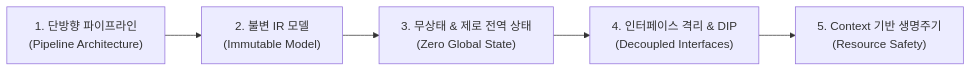
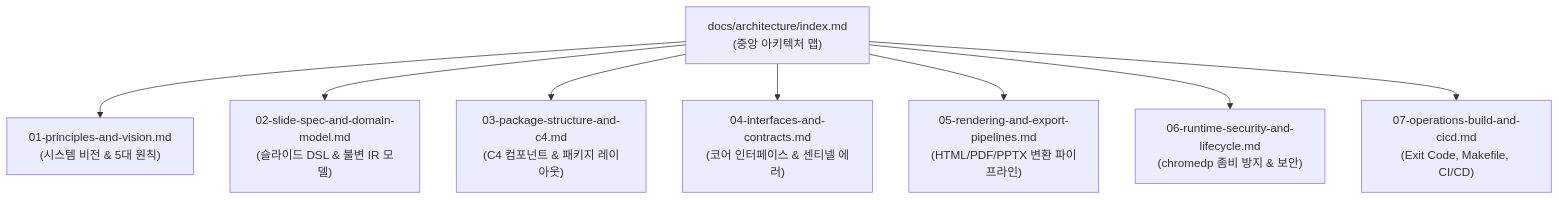
One commit to joincdream/goslide changed the diagram in docs/architecture_design.md. Above: the diagram before and after it, drawn with Mermaid. The commit also changed other lines of this file and 40 other files, not shown here.

First line of the commit message:
feat: modernize frontend runtime with Svelte 5, overhaul Presenter View, and modularize architecture & layout specs

````diff
--- a/docs/architecture_design.md
+++ b/docs/architecture_design.md
@@ -18,7 +17,12 @@
 ```mermaid
-flowchart LR
-    A["1. 단방향 파이프라인\n(Pipeline Architecture)"] --> B["2. 불변 IR 모델\n(Immutable Model)"]
-    B --> C["3. 무상태 & 제로 전역 상태\n(Zero Global State)"]
-    C --> D["4. 인터페이스 격리 & DIP\n(Decoupled Interfaces)"]
-    D --> E["5. Context 기반 생명주기\n(Resource Safety)"]
+flowchart TD
+    Index["docs/architecture/index.md\n(중앙 아키텍처 맵)"]
+    
+    Index --> M1["01-principles-and-vision.md\n(시스템 비전 & 5대 원칙)"]
+    Index --> M2["02-slide-spec-and-domain-model.md\n(슬라이드 DSL & 불변 IR 모델)"]
+    Index --> M3["03-package-structure-and-c4.md\n(C4 컴포넌트 & 패키지 레이아웃)"]
+    Index --> M4["04-interfaces-and-contracts.md\n(코어 인터페이스 & 센티넬 에러)"]
+    Index --> M5["05-rendering-and-export-pipelines.md\n(HTML/PDF/PPTX 변환 파이프라인)"]
+    Index --> M6["06-runtime-security-and-lifecycle.md\n(chromedp 좀비 방지 & 보안)"]
+    Index --> M7["07-operations-build-and-cicd.md\n(Exit Code, Makefile, CI/CD)"]
 ```
````
